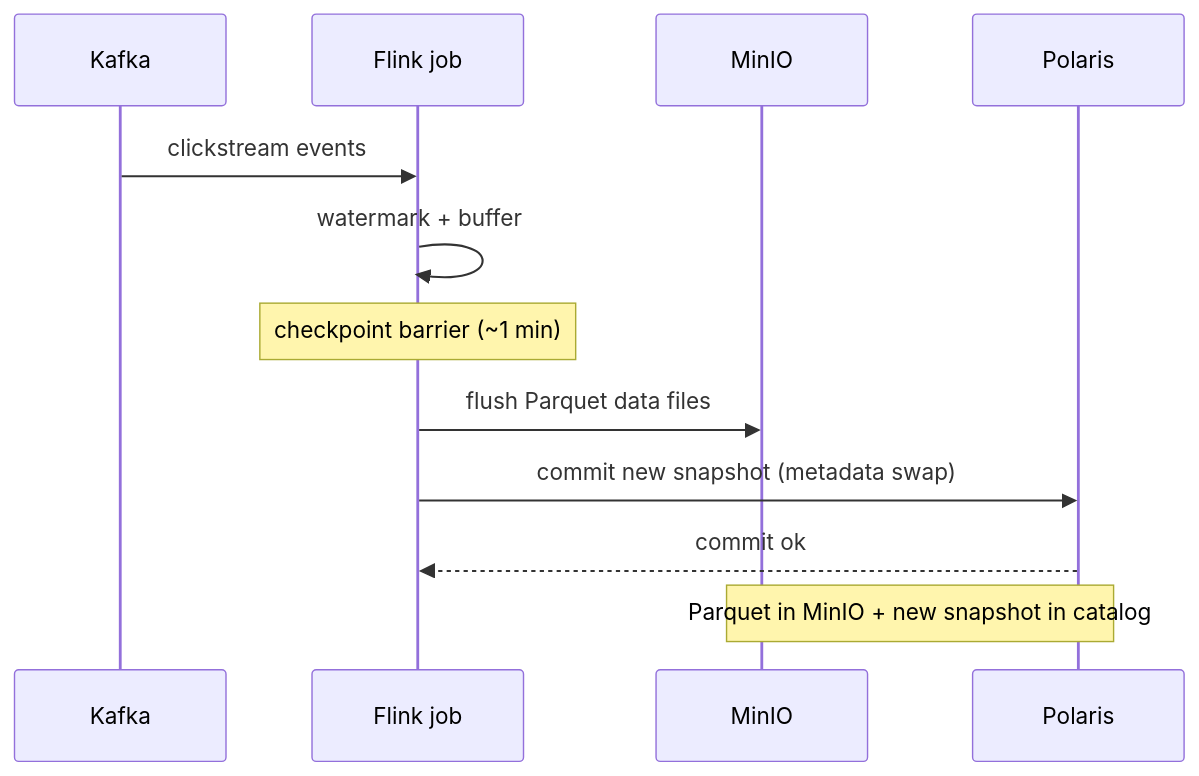
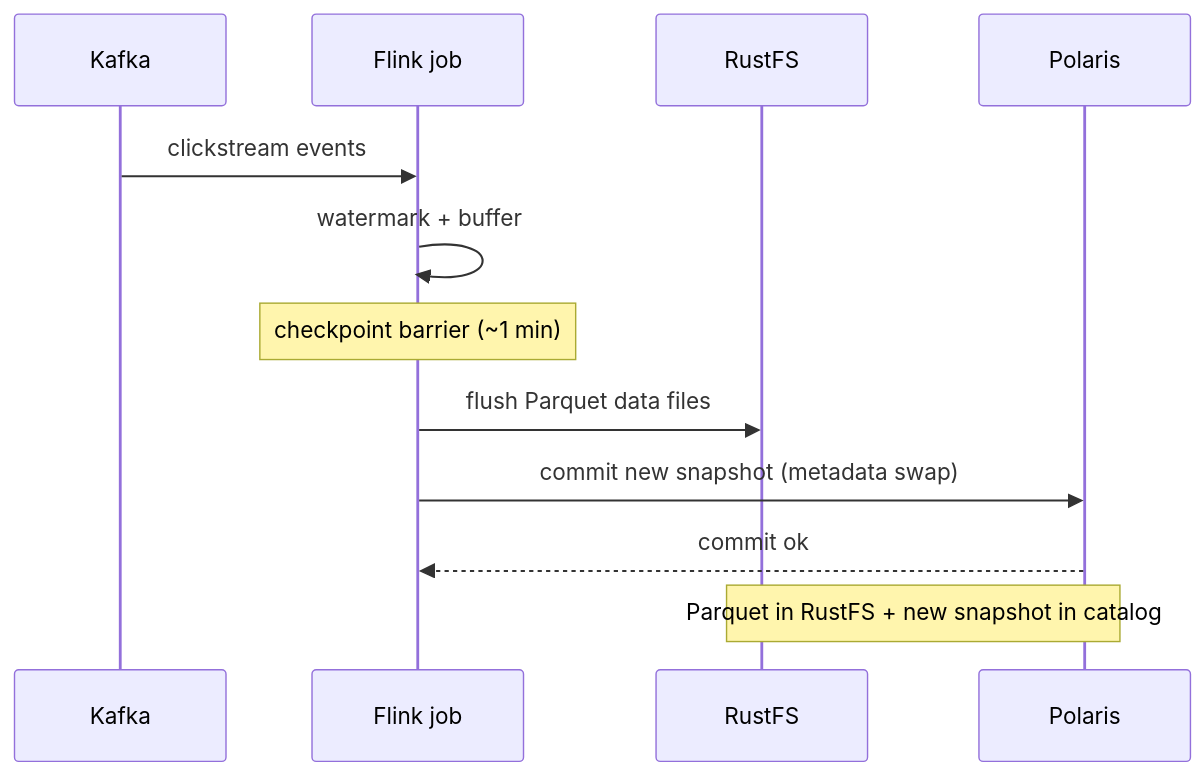
The third of 3 diagrams in docs/tech/lld/04-stream-processing.md (christiannarbon/open-iceberg-stack), drawn with Mermaid before and after one commit. The commit also changed other lines of this file, not shown here.

````diff
--- a/docs/tech/lld/04-stream-processing.md
+++ b/docs/tech/lld/04-stream-processing.md
@@ -70,14 +70,14 @@
 ```mermaid
 sequenceDiagram
     participant K as Kafka
     participant F as Flink job
-    participant M as MinIO
+    participant M as RustFS
     participant P as Polaris
     K->>F: clickstream events
     F->>F: watermark + buffer
     Note over F: checkpoint barrier (~1 min)
     F->>M: flush Parquet data files
     F->>P: commit new snapshot (metadata swap)
     P-->>F: commit ok
-    Note over M,P: Parquet in MinIO + new snapshot in catalog
+    Note over M,P: Parquet in RustFS + new snapshot in catalog
 ```
````
